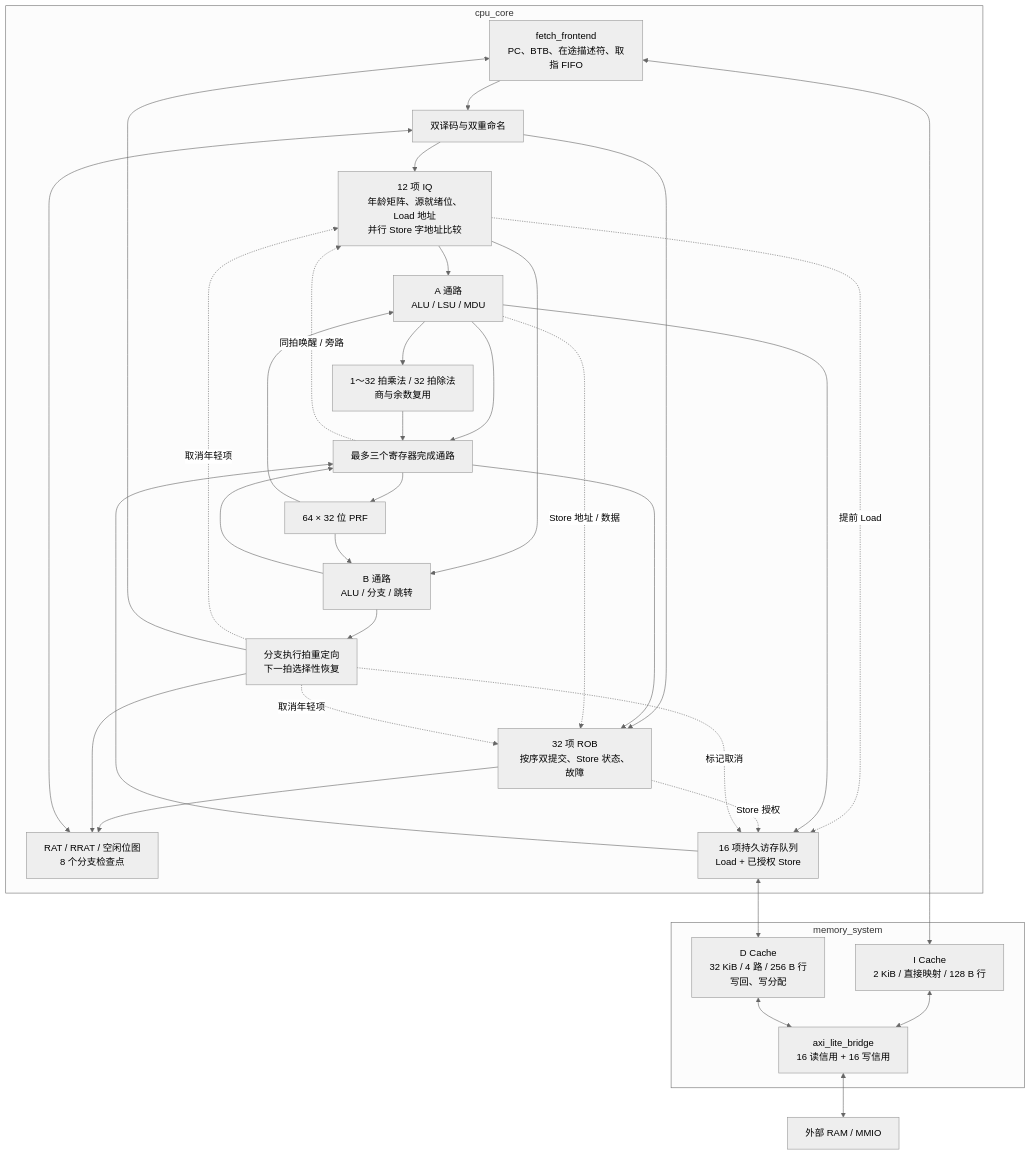
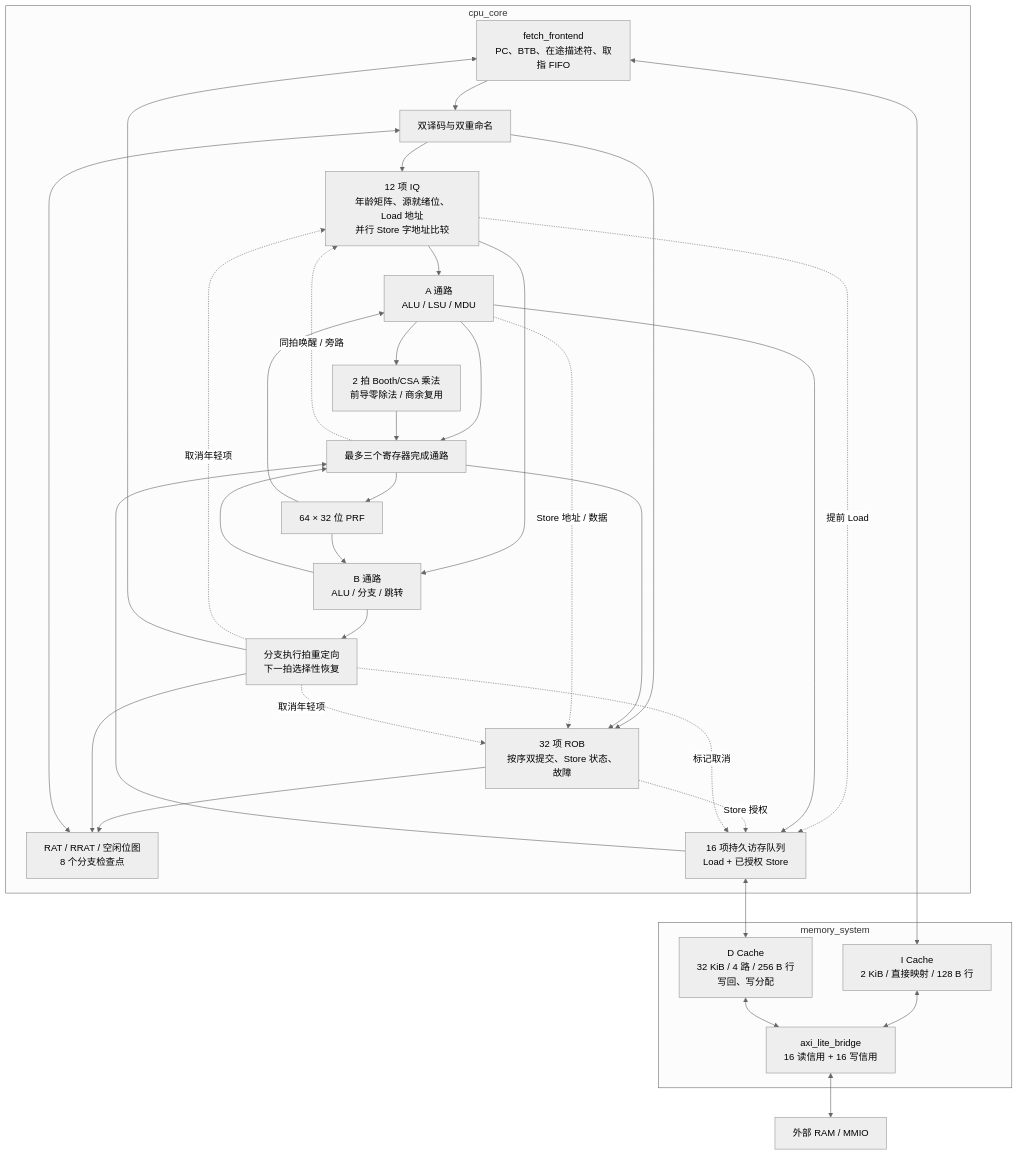
One commit to GIFBMP/RISC-V-CPU-2026 changed the first of 4 diagrams in docs/arch.md. Above: the diagram before and after it, drawn with Mermaid (neutral theme). The commit also changed other lines of this file and 22 other files, not shown here.

````diff
--- a/docs/arch.md
+++ b/docs/arch.md
@@ -72,54 +72,54 @@
 ```mermaid
 flowchart TB
     subgraph CORE["cpu_core"]
         FE["fetch_frontend<br/>PC、BTB、在途描述符、取指 FIFO"]
         DEC["双译码与双重命名"]
         MAP["RAT / RRAT / 空闲位图<br/>8 个分支检查点"]
         IQ["12 项 IQ<br/>年龄矩阵、源就绪位、Load 地址<br/>并行 Store 字地址比较"]
         PRF["64 × 32 位 PRF"]
         A["A 通路<br/>ALU / LSU / MDU"]
         B["B 通路<br/>ALU / 分支 / 跳转"]
-        MDU["1～32 拍乘法 / 32 拍除法<br/>商与余数复用"]
+        MDU["2 拍 Booth/CSA 乘法<br/>前导零除法 / 商余复用"]
         WB["最多三个寄存器完成通路"]
         ROB["32 项 ROB<br/>按序双提交、Store 状态、故障"]
         MQ["16 项持久访存队列<br/>Load + 已授权 Store"]
         REC["分支执行拍重定向<br/>下一拍选择性恢复"]
         FE --> DEC
         MAP <--> DEC
         DEC --> IQ
         DEC --> ROB
         IQ --> A
         IQ --> B
         PRF --> A
         PRF --> B
         A --> MDU
         A --> WB
         B --> WB
         MDU --> WB
         MQ --> WB
         WB --> PRF
         WB --> ROB
         WB -. "同拍唤醒 / 旁路" .-> IQ
         IQ -. "提前 Load" .-> MQ
         A --> MQ
         A -. "Store 地址 / 数据" .-> ROB
         ROB -. "Store 授权" .-> MQ
         ROB --> MAP
         B --> REC
         REC --> MAP
         REC -. "取消年轻项" .-> ROB
         REC -. "取消年轻项" .-> IQ
         REC -. "标记取消" .-> MQ
         REC --> FE
     end
     subgraph MEMORY["memory_system"]
         IC["I Cache<br/>2 KiB / 直接映射 / 128 B 行"]
         DC["D Cache<br/>32 KiB / 4 路 / 256 B 行<br/>写回、写分配"]
         AXI["axi_lite_bridge<br/>16 读信用 + 16 写信用"]
         IC <--> AXI
         DC <--> AXI
     end
     FE <--> IC
     MQ <--> DC
     AXI <--> RAM["外部 RAM / MMIO"]
 ```
````
